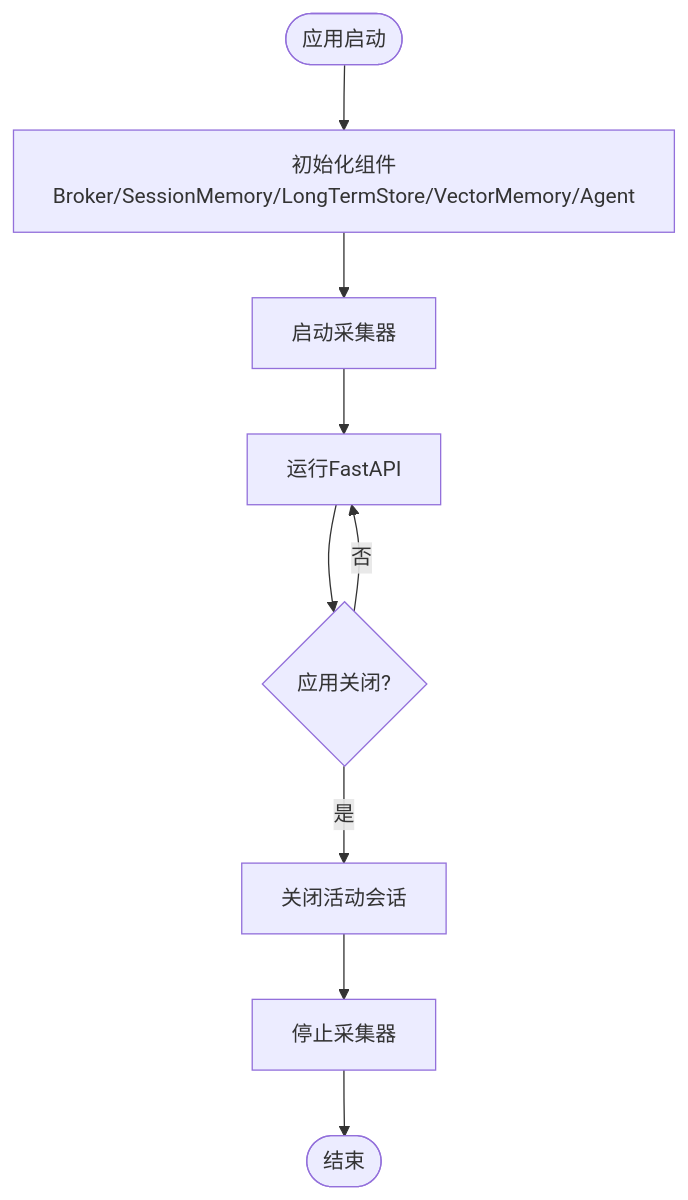
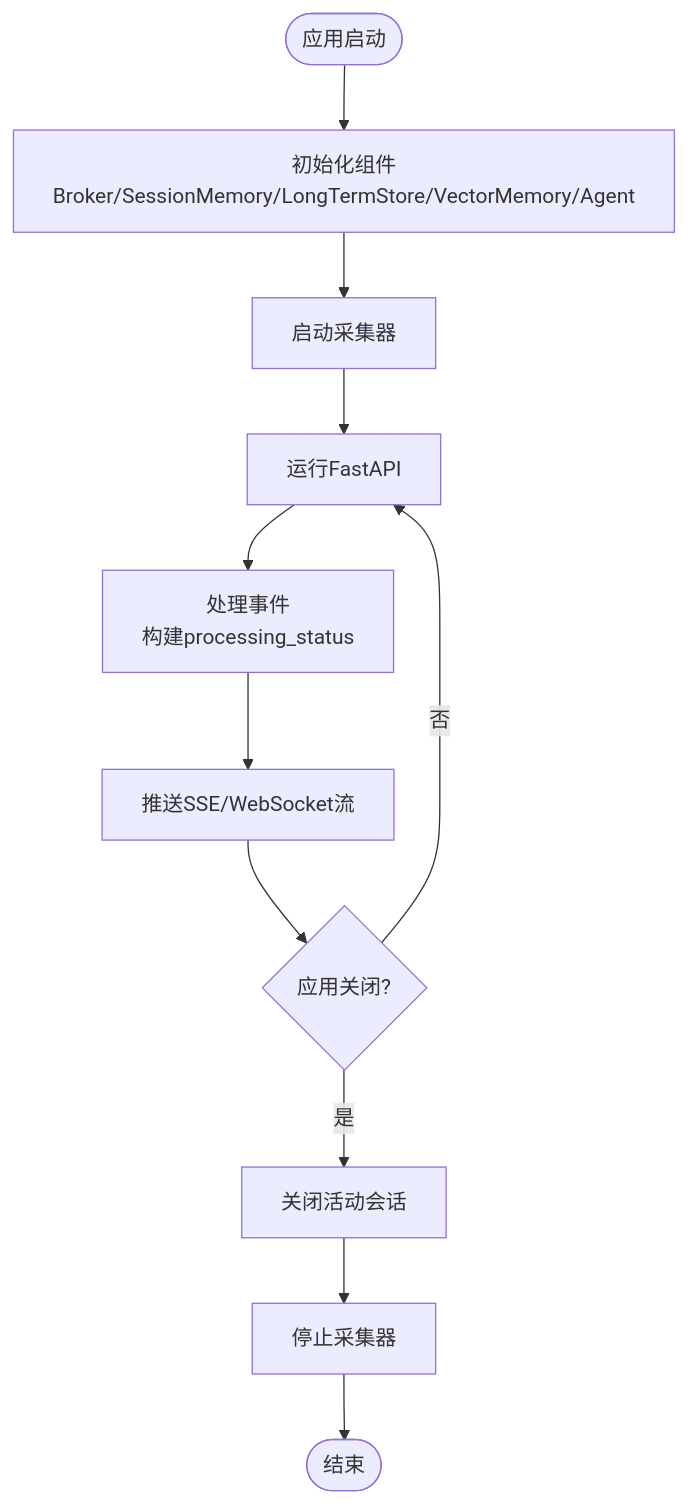
The third of 6 diagrams in .qoder/repowiki/zh/content/开发指南/调试与故障排除/调试与故障排除.md (Moon-Force/DouYin_llm), drawn with Mermaid before and after one commit. The commit also changed other lines of this file and 17 other files, not shown here.

````diff
--- a/.qoder/repowiki/zh/content/开发指南/调试与故障排除/调试与故障排除.md
+++ b/.qoder/repowiki/zh/content/开发指南/调试与故障排除/调试与故障排除.md
@@ -123,11 +138,13 @@
 ```mermaid
 flowchart TD
 Start(["应用启动"]) --> Init["初始化组件<br/>Broker/SessionMemory/LongTermStore/VectorMemory/Agent"]
 Init --> StartCollector["启动采集器"]
 StartCollector --> Run["运行FastAPI"]
-Run --> Shutdown{"应用关闭?"}
+Run --> ProcessEvent["处理事件<br/>构建processing_status"]
+ProcessEvent --> PushStream["推送SSE/WebSocket流"]
+PushStream --> Shutdown{"应用关闭?"}
 Shutdown --> |否| Run
 Shutdown --> |是| CloseSession["关闭活动会话"]
 CloseSession --> StopCollector["停止采集器"]
 StopCollector --> End(["结束"])
 ```
````
